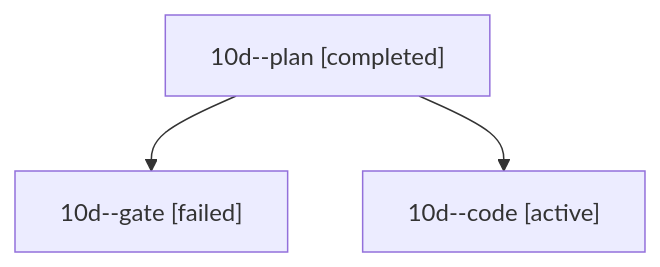
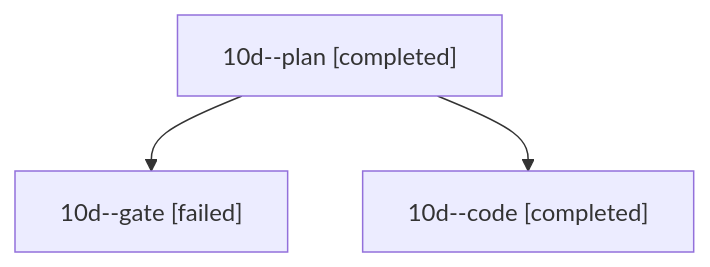
Before and after one commit to bobs-org/bob-cli--agents: the diagram in sessions/bbugyi200.athena.10d.md, drawn with Mermaid. The commit also changed other lines of this file and 21 other files, not shown here.

````diff
--- a/sessions/bbugyi200.athena.10d.md
+++ b/sessions/bbugyi200.athena.10d.md
@@ -9,8 +9,8 @@
 ```mermaid
 flowchart TD
   n0["10d--plan [completed]"]
   n1["10d--gate [failed]"]
   n0 --> n1
-  n2["10d--code [active]"]
+  n2["10d--code [completed]"]
   n0 --> n2
 ```
````
